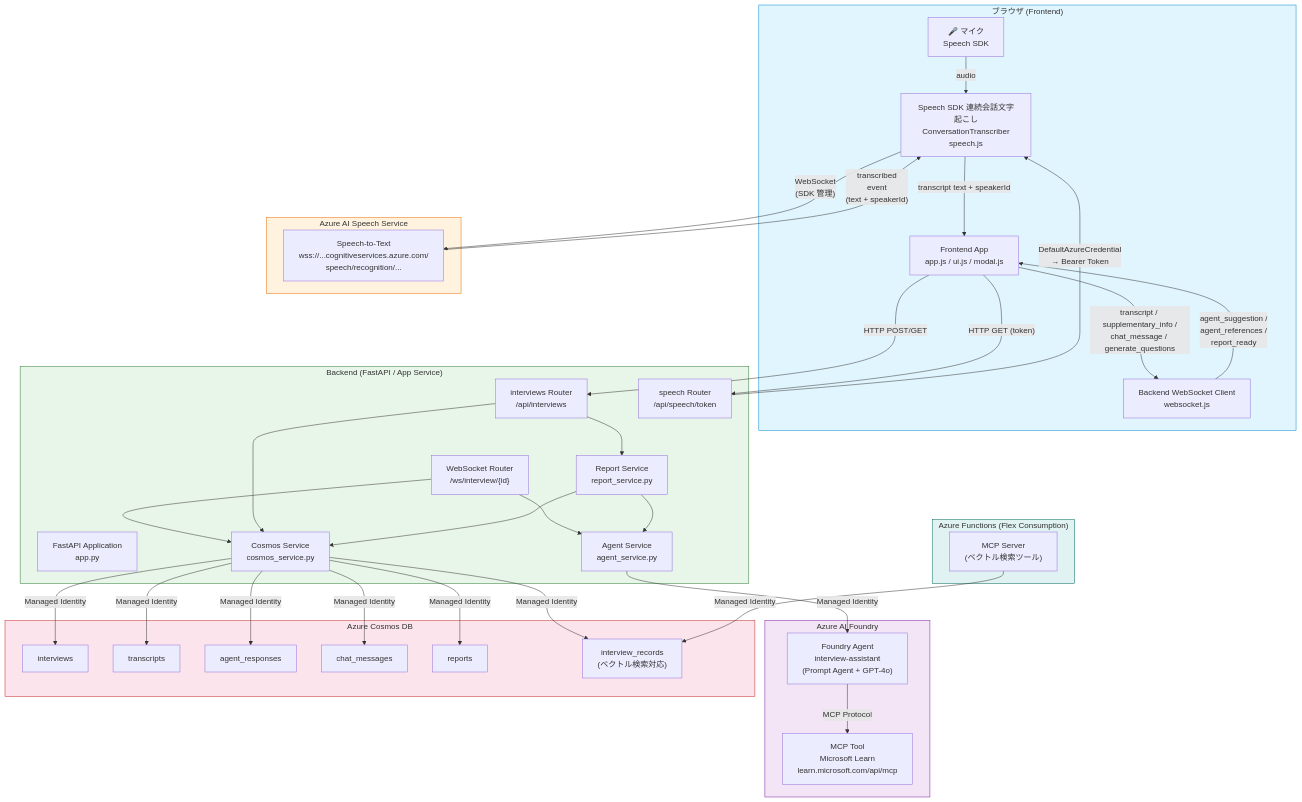
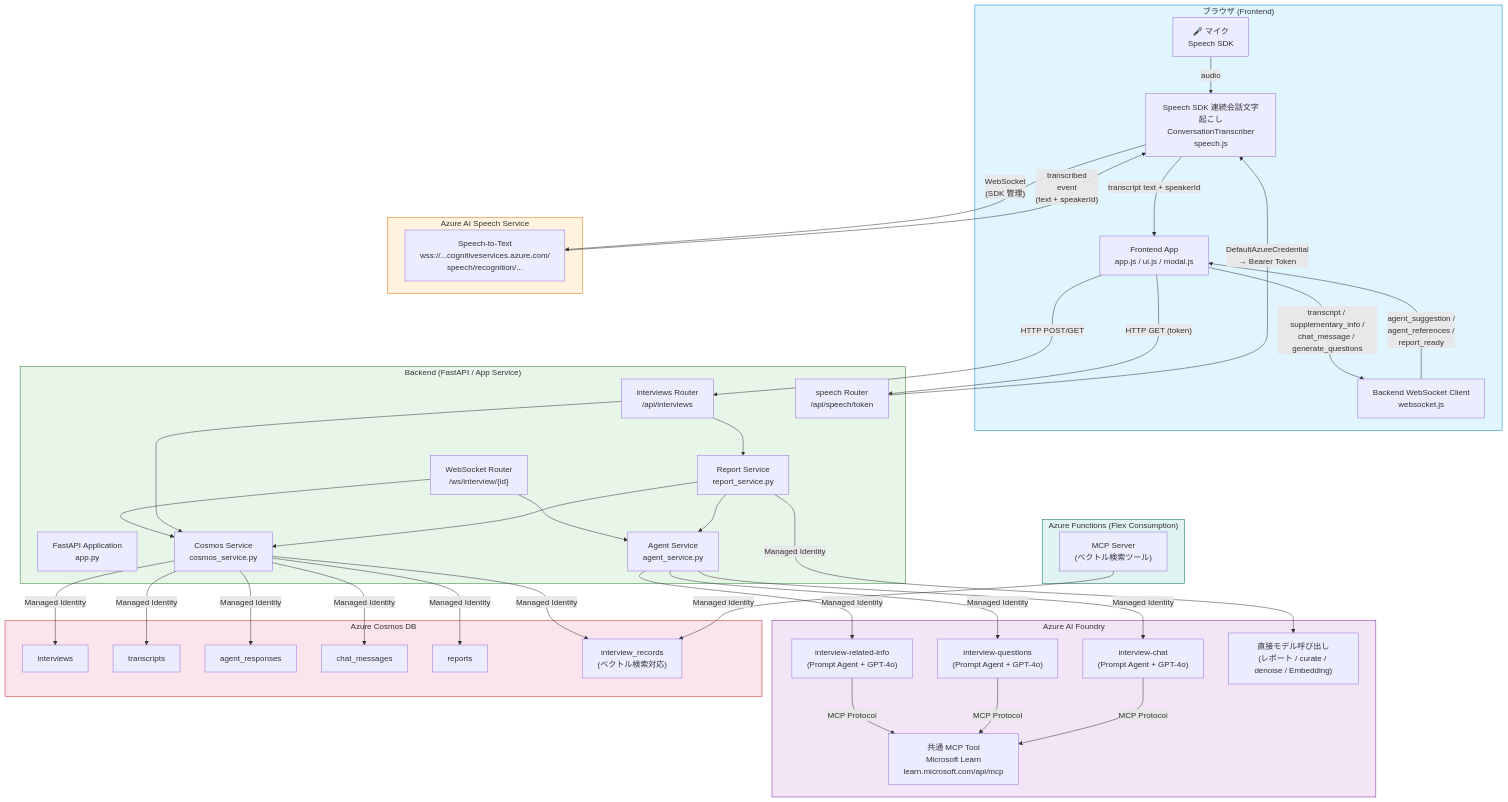
Before and after one commit to hatasaki/Interview-Assistant-AI: the first of 22 diagrams in spec/architecture.md, drawn with Mermaid. The commit also changed other lines of this file and 5 other files, not shown here.

Commit message:
Refactor architecture to implement role-specific Foundry Agents

```diff
--- a/spec/architecture.md
+++ b/spec/architecture.md
@@ -30,8 +30,11 @@
     end
 
     subgraph Azure_AI["Azure AI Foundry"]
-        AGENT["Foundry Agent<br/>interview-assistant<br/>(Prompt Agent + GPT-4o)"]
-        MCP["MCP Tool<br/>Microsoft Learn<br/>learn.microsoft.com/api/mcp"]
+        AGENT_RI["interview-related-info<br/>(Prompt Agent + GPT-4o)"]
+        AGENT_Q["interview-questions<br/>(Prompt Agent + GPT-4o)"]
+        AGENT_C["interview-chat<br/>(Prompt Agent + GPT-4o)"]
+        DIRECT["直接モデル呼び出し<br/>(レポート / curate / denoise / Embedding)"]
+        MCP["共通 MCP Tool<br/>Microsoft Learn<br/>learn.microsoft.com/api/mcp"]
     end
 
     subgraph Azure_Cosmos["Azure Cosmos DB"]
@@ -67,8 +70,13 @@
     RPT_SVC --> AGT_SVC
     RPT_SVC --> COS_SVC
 
-    AGT_SVC -->|"Managed Identity"| AGENT
-    AGENT -->|"MCP Protocol"| MCP
+    AGT_SVC -->|"Managed Identity"| AGENT_RI
+    AGT_SVC -->|"Managed Identity"| AGENT_Q
+    AGT_SVC -->|"Managed Identity"| AGENT_C
+    RPT_SVC -->|"Managed Identity"| DIRECT
+    AGENT_RI -->|"MCP Protocol"| MCP
+    AGENT_Q -->|"MCP Protocol"| MCP
+    AGENT_C -->|"MCP Protocol"| MCP
     COS_SVC -->|"Managed Identity"| DB_INT
     COS_SVC -->|"Managed Identity"| DB_TR
     COS_SVC -->|"Managed Identity"| DB_AR
```
